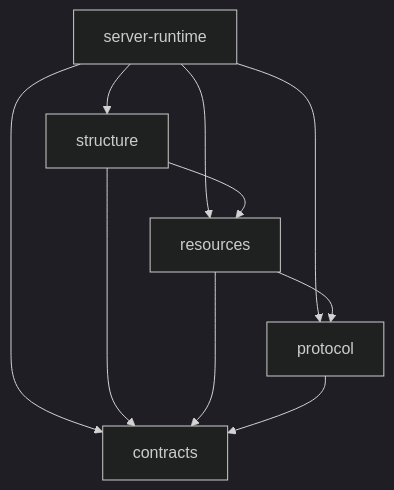
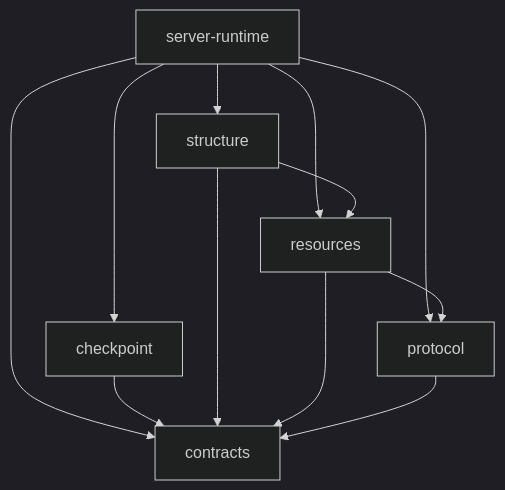
Before and after one commit to weiliang0121/capix: the diagram in docs/contracts-protocol.md, drawn with Mermaid (dark theme). The commit also changed other lines of this file and 81 other files, not shown here.

Commit message:
refactor: extract checkpoint persistence contracts and storage

````diff
--- a/docs/contracts-protocol.md
+++ b/docs/contracts-protocol.md
@@ -19,12 +19,14 @@
 ```mermaid
 flowchart TD
   Runtime[server-runtime] --> Structure[structure]
   Runtime --> Resources[resources]
   Runtime --> Protocol[protocol]
   Runtime --> Contracts[contracts]
+  Runtime --> Checkpoint[checkpoint]
+  Checkpoint --> Contracts
   Structure --> Resources
   Structure --> Contracts
   Resources --> Contracts
   Resources --> Protocol
   Protocol --> Contracts
 ```
````
